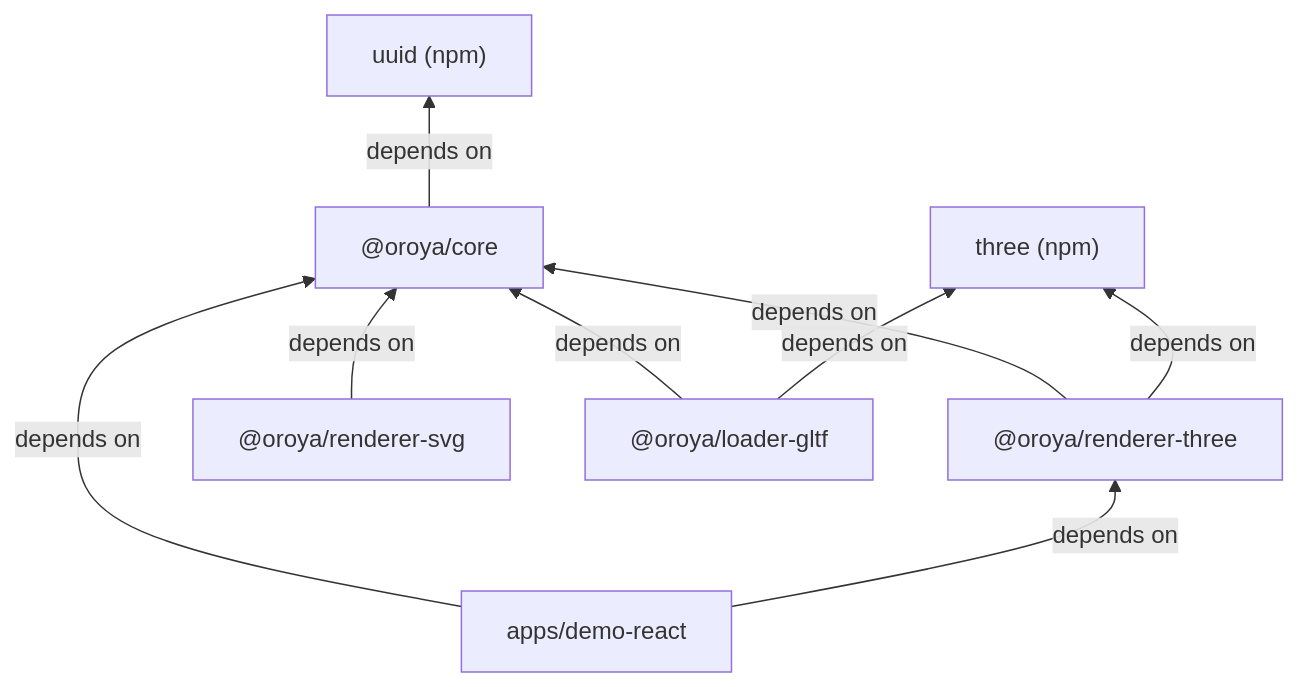
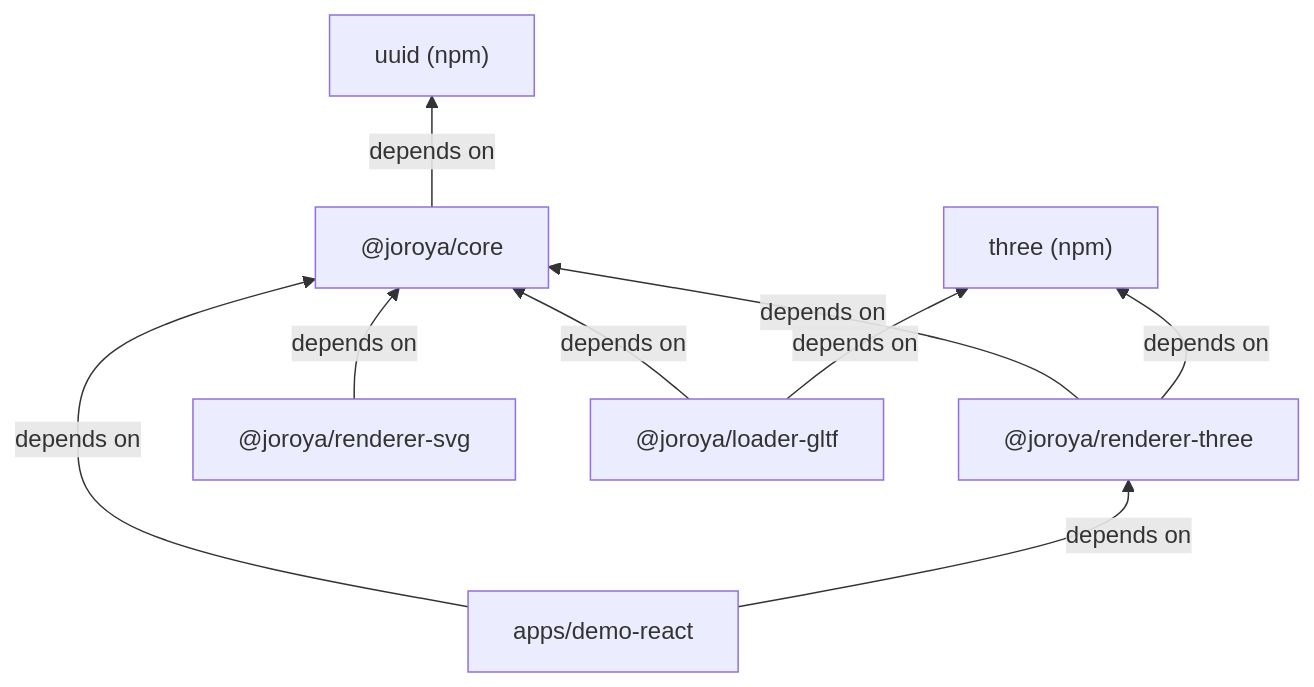
The second of 5 diagrams in apps/web/src/content/docs/architecture.md (joshuacba08/oroya-animate), drawn with Mermaid before and after one commit. The commit also changed other lines of this file and 113 other files, not shown here.

````diff
--- a/apps/web/src/content/docs/architecture.md
+++ b/apps/web/src/content/docs/architecture.md
@@ -81,19 +81,19 @@
 ```mermaid
 graph BT
-    CORE["@oroya/core"]
-    R3["@oroya/renderer-three"]
-    RS["@oroya/renderer-svg"]
-    LG["@oroya/loader-gltf"]
+    CORE["@joroya/core"]
+    R3["@joroya/renderer-three"]
+    RS["@joroya/renderer-svg"]
+    LG["@joroya/loader-gltf"]
     THREE["three (npm)"]
     UUID["uuid (npm)"]
     DEMO["apps/demo-react"]
 
     CORE -->|"depends on"| UUID
     R3 -->|"depends on"| CORE
     R3 -->|"depends on"| THREE
     RS -->|"depends on"| CORE
     LG -->|"depends on"| CORE
     LG -->|"depends on"| THREE
     DEMO -->|"depends on"| CORE
     DEMO -->|"depends on"| R3
 ```
````
